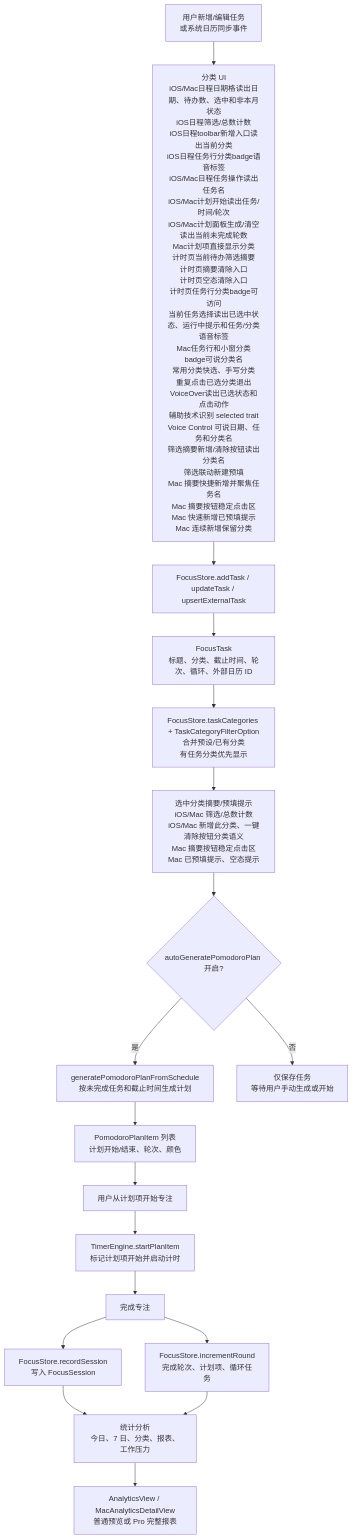
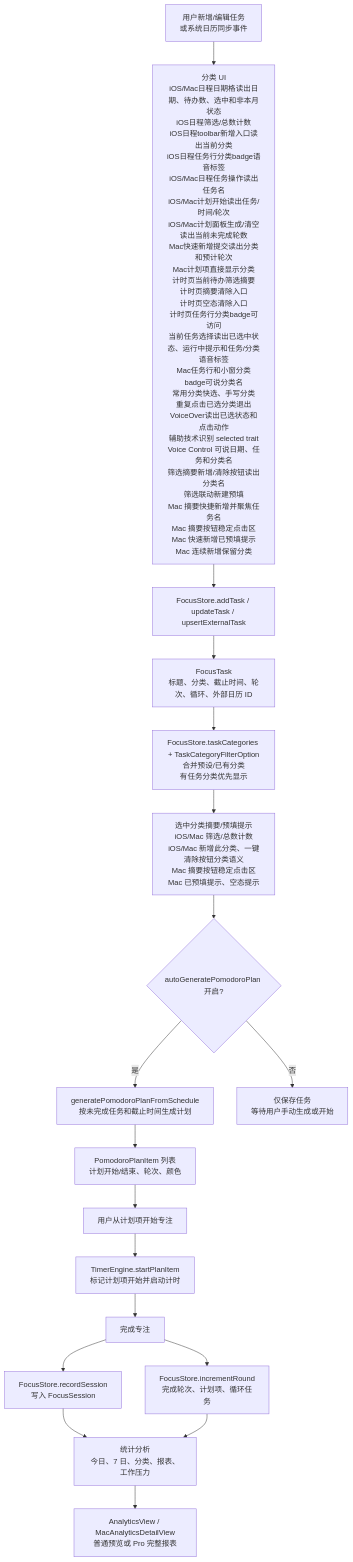
The third of 6 diagrams in md/flow/flowchart.md (Altman-sam114/114), drawn with Mermaid before and after one commit. The commit also changed other lines of this file and 8 other files, not shown here.

````diff
--- a/md/flow/flowchart.md
+++ b/md/flow/flowchart.md
@@ -63,20 +63,20 @@
 ```mermaid
 flowchart TD
-  A["用户新增/编辑任务<br/>或系统日历同步事件"] --> P0["分类 UI<br/>iOS/Mac日程日期格读出日期、待办数、选中和非本月状态<br/>iOS日程筛选/总数计数<br/>iOS日程toolbar新增入口读出当前分类<br/>iOS日程任务行分类badge语音标签<br/>iOS/Mac日程任务操作读出任务名<br/>iOS/Mac计划开始读出任务/时间/轮次<br/>iOS/Mac计划面板生成/清空读出当前未完成轮数<br/>Mac计划项直接显示分类<br/>计时页当前待办筛选摘要<br/>计时页摘要清除入口<br/>计时页空态清除入口<br/>计时页任务行分类badge可访问<br/>当前任务选择读出已选中状态、运行中提示和任务/分类语音标签<br/>Mac任务行和小窗分类badge可说分类名<br/>常用分类快选、手写分类<br/>重复点击已选分类退出<br/>VoiceOver读出已选状态和点击动作<br/>辅助技术识别 selected trait<br/>Voice Control 可说日期、任务和分类名<br/>筛选摘要新增/清除按钮读出分类名<br/>筛选联动新建预填<br/>Mac 摘要快捷新增并聚焦任务名<br/>Mac 摘要按钮稳定点击区<br/>Mac 快速新增已预填提示<br/>Mac 连续新增保留分类"]
+  A["用户新增/编辑任务<br/>或系统日历同步事件"] --> P0["分类 UI<br/>iOS/Mac日程日期格读出日期、待办数、选中和非本月状态<br/>iOS日程筛选/总数计数<br/>iOS日程toolbar新增入口读出当前分类<br/>iOS日程任务行分类badge语音标签<br/>iOS/Mac日程任务操作读出任务名<br/>iOS/Mac计划开始读出任务/时间/轮次<br/>iOS/Mac计划面板生成/清空读出当前未完成轮数<br/>Mac快速新增提交读出分类和预计轮次<br/>Mac计划项直接显示分类<br/>计时页当前待办筛选摘要<br/>计时页摘要清除入口<br/>计时页空态清除入口<br/>计时页任务行分类badge可访问<br/>当前任务选择读出已选中状态、运行中提示和任务/分类语音标签<br/>Mac任务行和小窗分类badge可说分类名<br/>常用分类快选、手写分类<br/>重复点击已选分类退出<br/>VoiceOver读出已选状态和点击动作<br/>辅助技术识别 selected trait<br/>Voice Control 可说日期、任务和分类名<br/>筛选摘要新增/清除按钮读出分类名<br/>筛选联动新建预填<br/>Mac 摘要快捷新增并聚焦任务名<br/>Mac 摘要按钮稳定点击区<br/>Mac 快速新增已预填提示<br/>Mac 连续新增保留分类"]
   P0 --> B["FocusStore.addTask / updateTask / upsertExternalTask"]
   B --> C["FocusTask<br/>标题、分类、截止时间、轮次、循环、外部日历 ID"]
   C --> C2["FocusStore.taskCategories + TaskCategoryFilterOption<br/>合并预设/已有分类<br/>有任务分类优先显示"]
   C2 --> C3["选中分类摘要/预填提示<br/>iOS/Mac 筛选/总数计数<br/>iOS/Mac 新增此分类、一键清除按钮分类语义<br/>Mac 摘要按钮稳定点击区<br/>Mac 已预填提示、空态提示"]
   C3 --> D{"autoGeneratePomodoroPlan 开启?"}
   D -->|是| E["generatePomodoroPlanFromSchedule<br/>按未完成任务和截止时间生成计划"]
   D -->|否| F["仅保存任务<br/>等待用户手动生成或开始"]
   E --> G["PomodoroPlanItem 列表<br/>计划开始/结束、轮次、颜色"]
   G --> H["用户从计划项开始专注"]
   H --> I["TimerEngine.startPlanItem<br/>标记计划项开始并启动计时"]
   I --> J["完成专注"]
   J --> K["FocusStore.incrementRound<br/>完成轮次、计划项、循环任务"]
   J --> L["FocusStore.recordSession<br/>写入 FocusSession"]
   L --> M["统计分析<br/>今日、7 日、分类、报表、工作压力"]
   K --> M
   M --> N["AnalyticsView / MacAnalyticsDetailView<br/>普通预览或 Pro 完整报表"]
 ```
````
